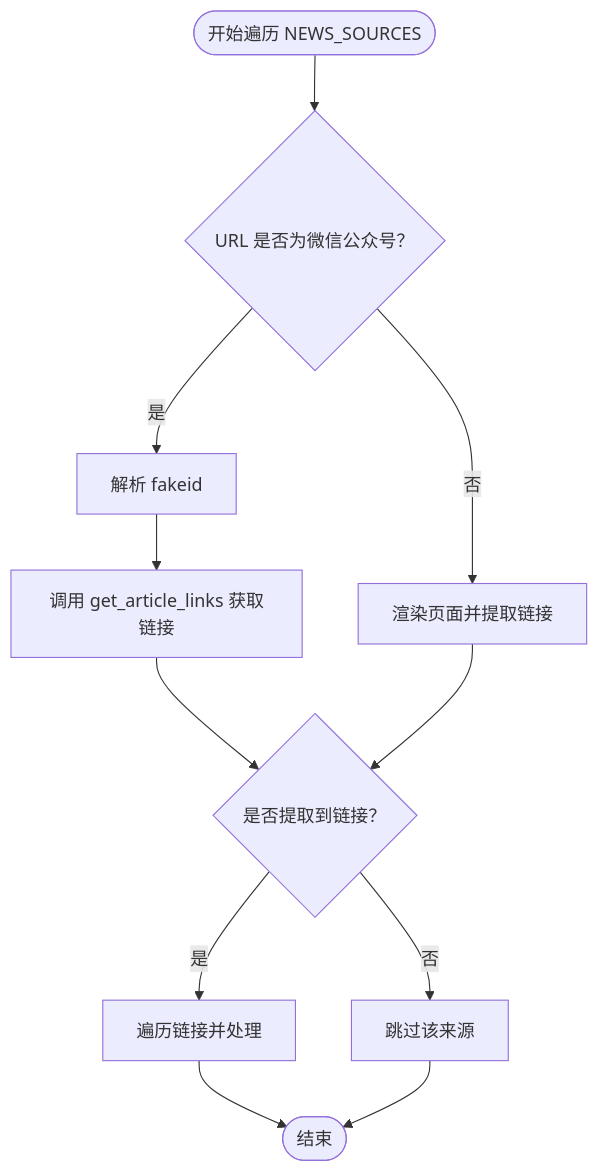
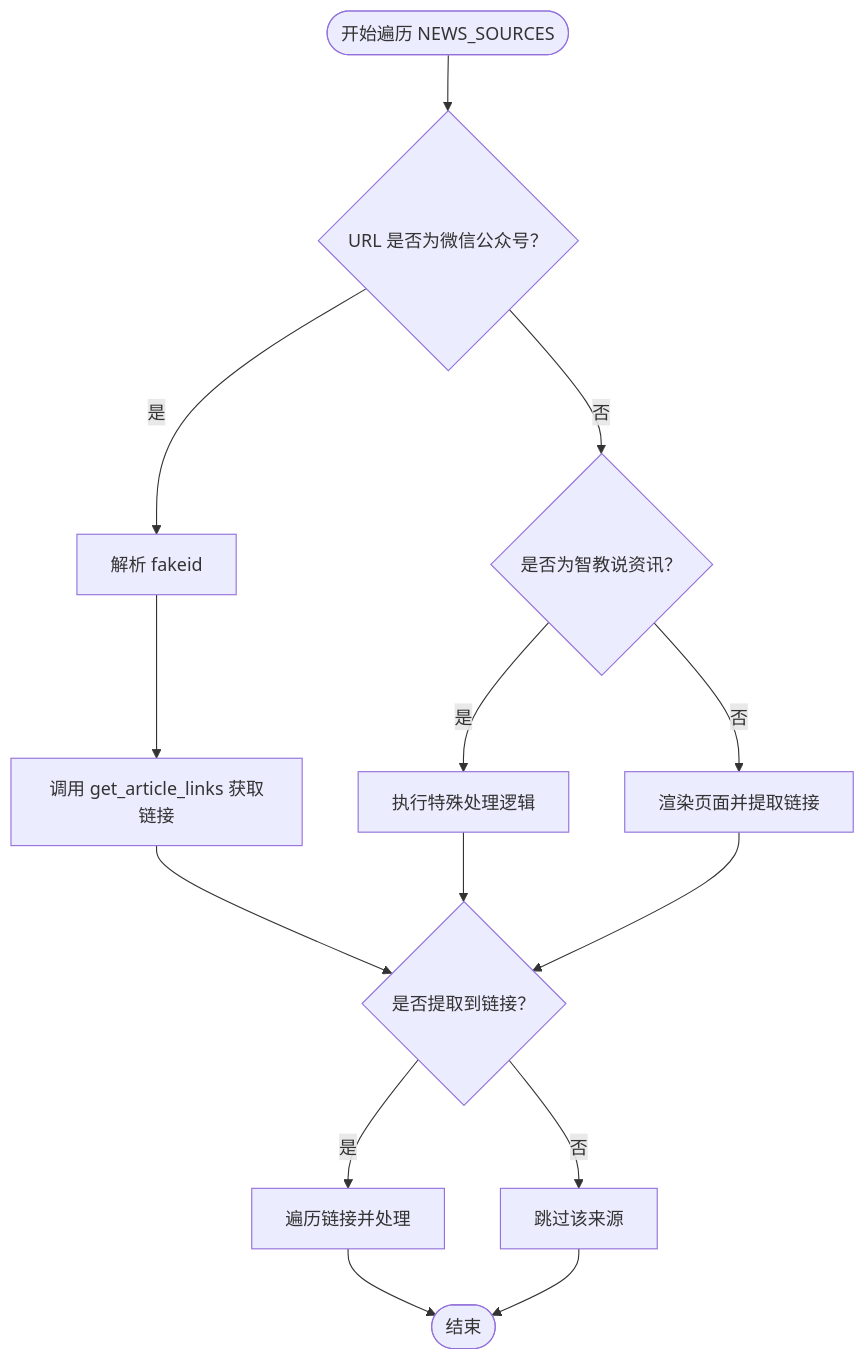
One commit to dengwanqian/news-exacter changed the third of 7 diagrams in .qoder/repowiki/zh/content/核心模块详解/配置管理模块 (config.py).md. Above: the diagram before and after it, drawn with Mermaid. The commit also changed other lines of this file and 8 other files, not shown here.

````diff
--- a/.qoder/repowiki/zh/content/核心模块详解/配置管理模块 (config.py).md
+++ b/.qoder/repowiki/zh/content/核心模块详解/配置管理模块 (config.py).md
@@ -181,13 +182,16 @@
 ```mermaid
 flowchart TD
 Start(["开始遍历 NEWS_SOURCES"]) --> CheckType{"URL 是否为微信公众号？"}
 CheckType --> |是| ParseFakeID["解析 fakeid"]
 ParseFakeID --> GetLinksWechat["调用 get_article_links 获取链接"]
-CheckType --> |否| RenderPage["渲染页面并提取链接"]
+CheckType --> |否| CheckSpecial{"是否为智教说资讯？"}
+CheckSpecial --> |是| SpecialHandle["执行特殊处理逻辑"]
+CheckSpecial --> |否| RenderPage["渲染页面并提取链接"]
 GetLinksWechat --> HasLinks{"是否提取到链接？"}
+SpecialHandle --> HasLinks
 RenderPage --> HasLinks
 HasLinks --> |否| SkipSource["跳过该来源"]
 HasLinks --> |是| IterateLinks["遍历链接并处理"]
 IterateLinks --> End(["结束"])
 SkipSource --> End
 ```
````
